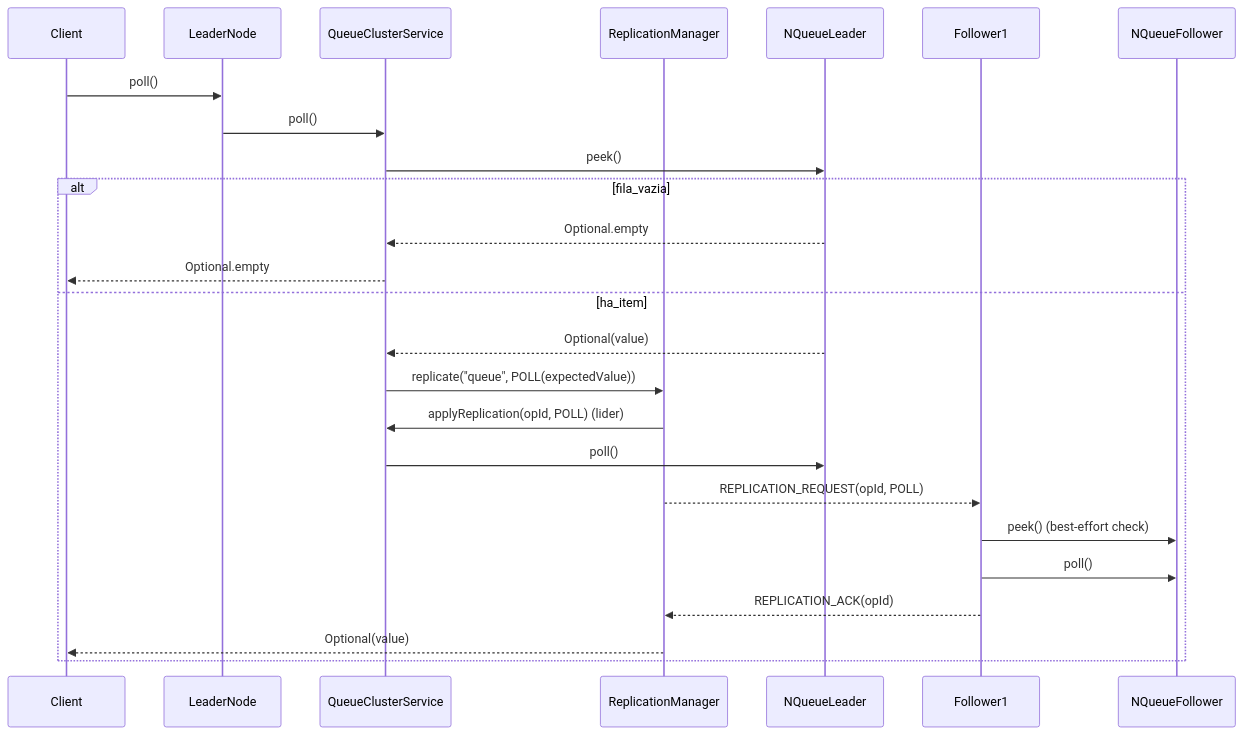
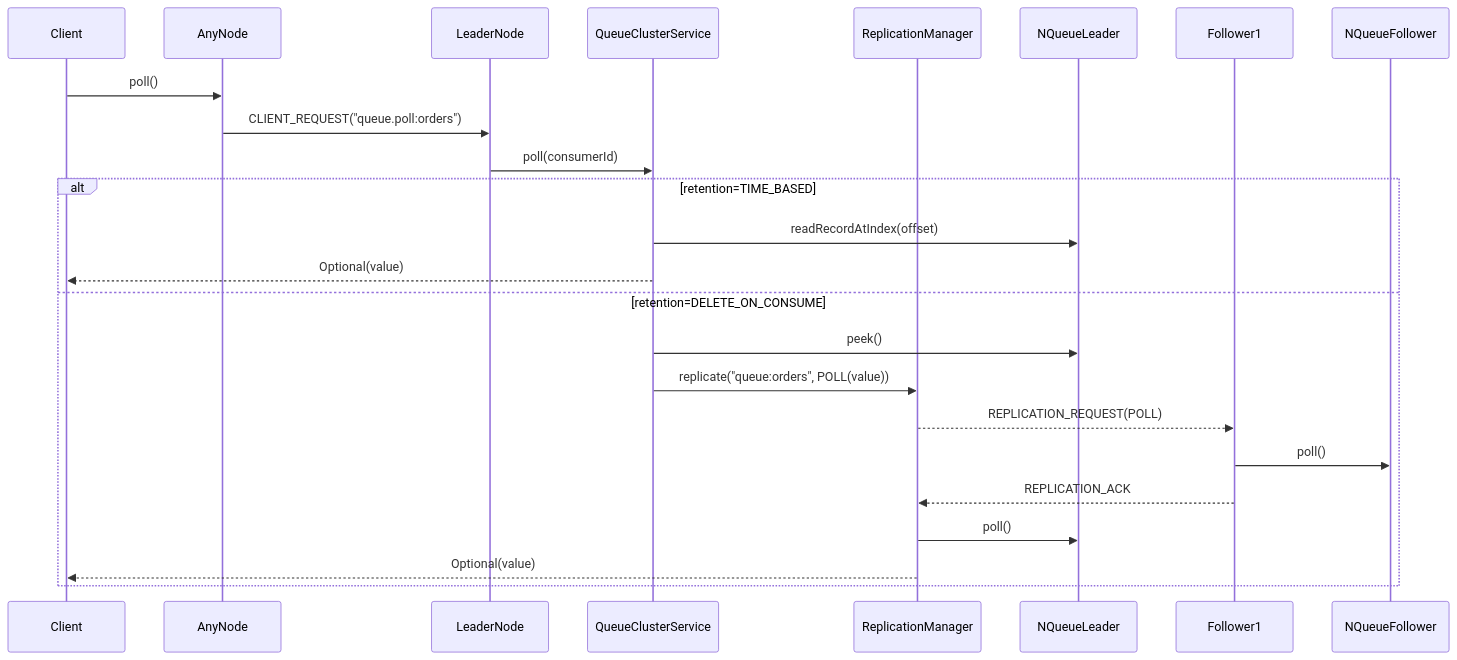
The second of 4 diagrams in doc/ngrid/nqueue-integration.md (nishisan-dev/nishi-utils), drawn with Mermaid before and after one commit. The commit also changed other lines of this file and 13 other files, not shown here.

````diff
--- a/doc/ngrid/nqueue-integration.md
+++ b/doc/ngrid/nqueue-integration.md
@@ -104,28 +100,27 @@
 ```mermaid
 sequenceDiagram
 participant Client as Client
+participant Any as AnyNode
 participant L as LeaderNode
 participant QS as QueueClusterService
 participant RM as ReplicationManager
 participant NQL as NQueueLeader
 participant F1 as Follower1
 participant NQF as NQueueFollower
 
-Client->>L: poll()
-L->>QS: poll()
-QS->>NQL: peek()
-alt fila_vazia
-  NQL-->>QS: Optional.empty
-  QS-->>Client: Optional.empty
-else ha_item
-  NQL-->>QS: Optional(value)
-  QS->>RM: replicate("queue", POLL(expectedValue))
-  RM->>QS: applyReplication(opId, POLL) (lider)
-  QS->>NQL: poll()
-  RM-->>F1: REPLICATION_REQUEST(opId, POLL)
-  F1->>NQF: peek() (best-effort check)
+Client->>Any: poll()
+Any->>L: CLIENT_REQUEST("queue.poll:orders")
+L->>QS: poll(consumerId)
+alt retention=TIME_BASED
+  QS->>NQL: readRecordAtIndex(offset)
+  QS-->>Client: Optional(value)
+else retention=DELETE_ON_CONSUME
+  QS->>NQL: peek()
+  QS->>RM: replicate("queue:orders", POLL(value))
+  RM-->>F1: REPLICATION_REQUEST(POLL)
   F1->>NQF: poll()
-  F1-->>RM: REPLICATION_ACK(opId)
+  F1-->>RM: REPLICATION_ACK
+  RM->>NQL: poll()
   RM-->>Client: Optional(value)
 end
 ```
````
